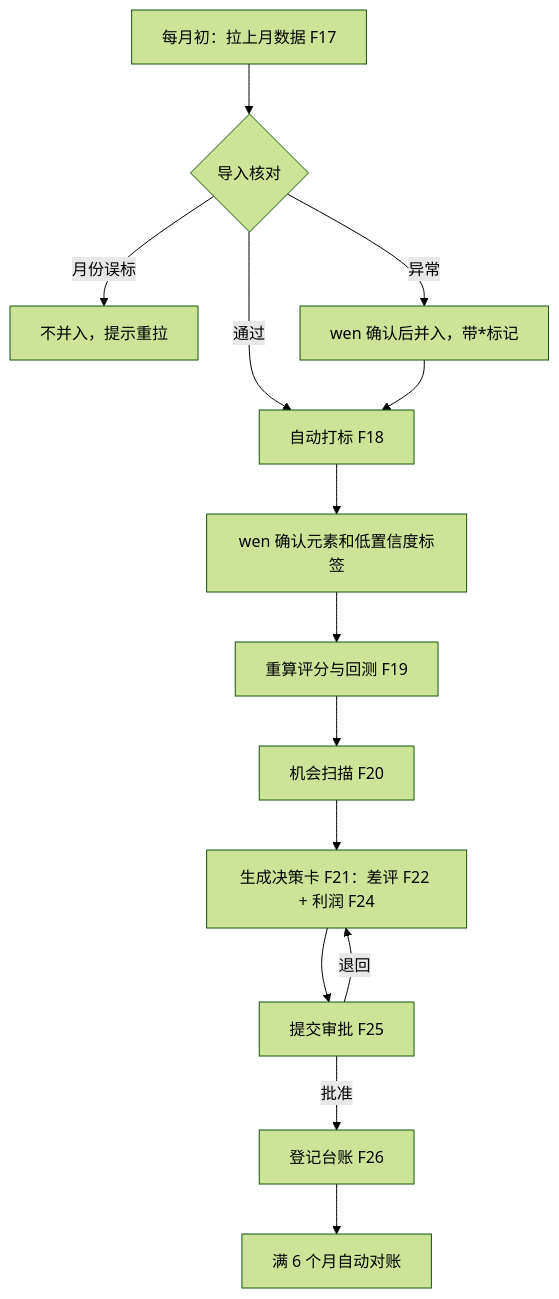
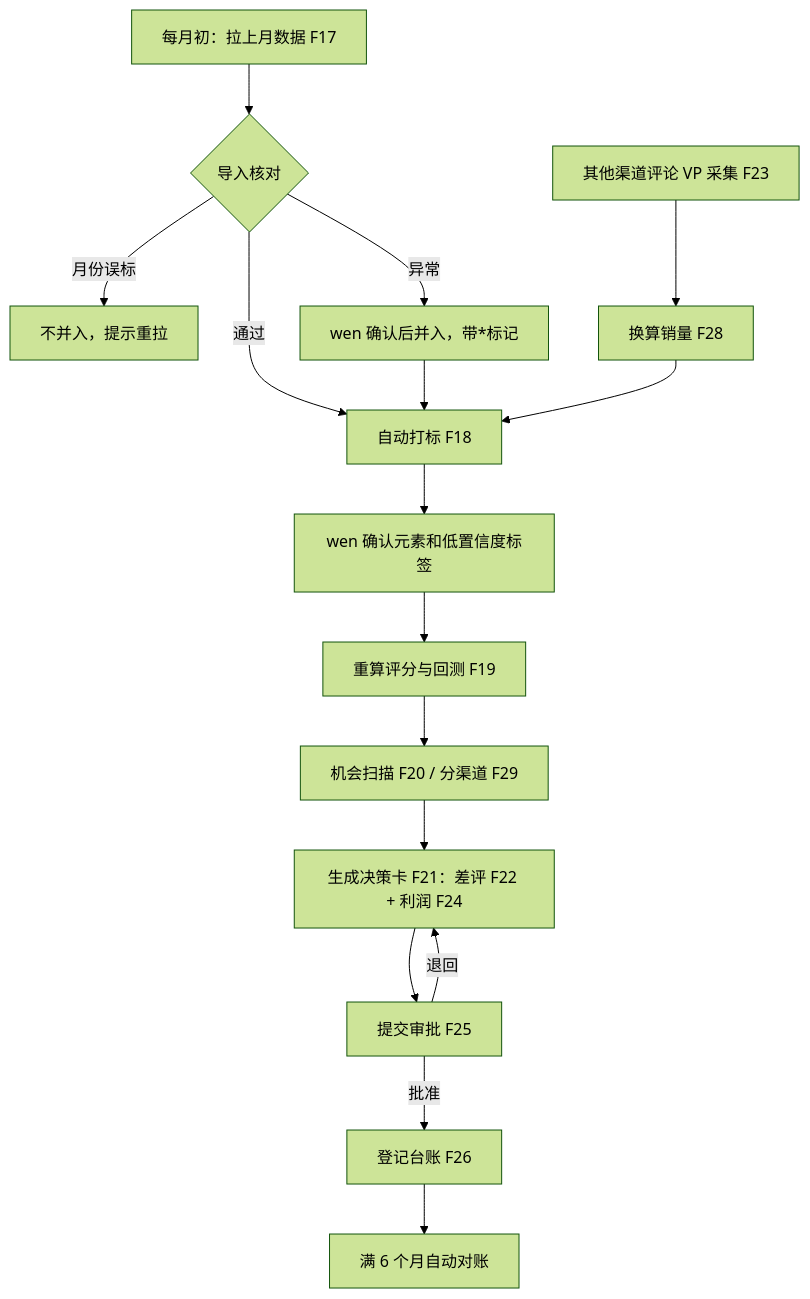
The first of 2 diagrams in opportunity-research/output/PRD详细版.md (staring9811-prog/wxb981111-163.com), drawn with Mermaid (forest theme) before and after one commit. The commit also changed other lines of this file and 7 other files, not shown here.

````diff
--- a/opportunity-research/output/PRD详细版.md
+++ b/opportunity-research/output/PRD详细版.md
@@ -282,16 +325,17 @@
 ```mermaid
 flowchart TD
     A[每月初：拉上月数据 F17] --> B{导入核对}
     B -->|月份误标| X[不并入，提示重拉]
     B -->|异常| C[wen 确认后并入，带*标记]
     B -->|通过| D[自动打标 F18]
     C --> D
     D --> E[wen 确认元素和低置信度标签]
     E --> F[重算评分与回测 F19]
-    F --> G[机会扫描 F20]
+    F --> G[机会扫描 F20 / 分渠道 F29]
+    V[其他渠道评论 VP 采集 F23] --> W[换算销量 F28] --> D
     G --> H[生成决策卡 F21：差评 F22 + 利润 F24]
     H --> I[提交审批 F25]
     I -->|批准| J[登记台账 F26]
     I -->|退回| H
     J --> K[满 6 个月自动对账]
 ```
````
